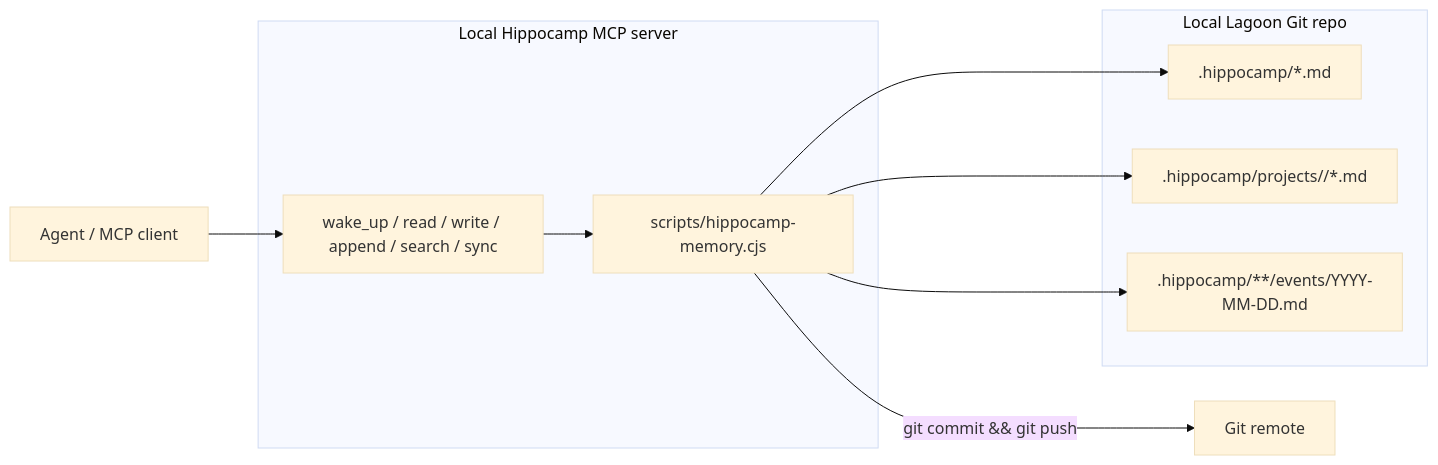
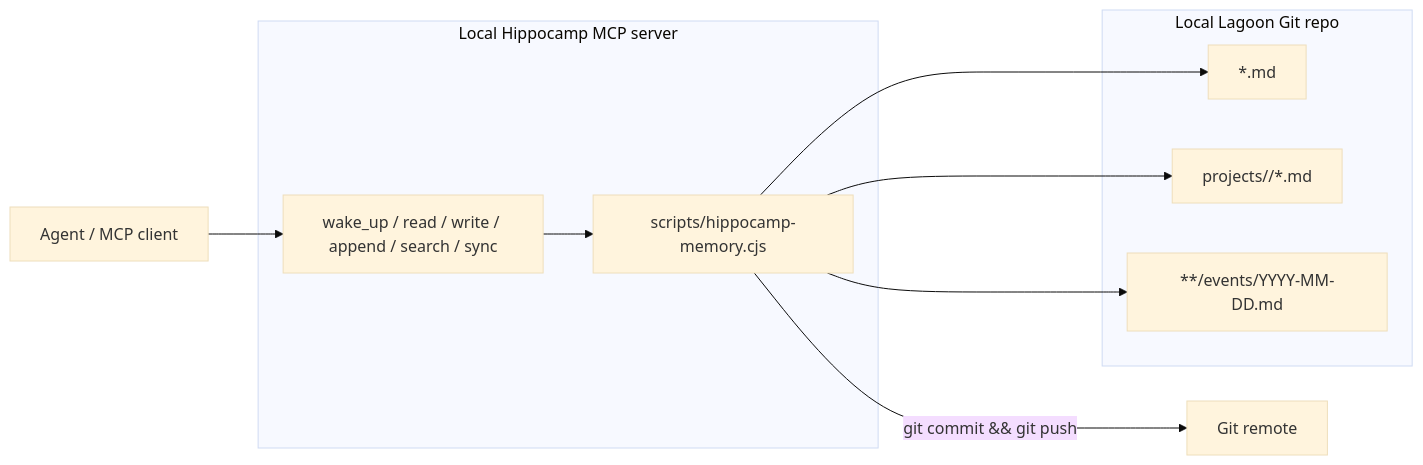
Before and after one commit to guillaumegay13/hippocamp: the diagram in ARCHITECTURE.md, drawn with Mermaid (base theme). The commit also changed other lines of this file and 5 other files, not shown here.

````diff
--- a/ARCHITECTURE.md
+++ b/ARCHITECTURE.md
@@ -7,24 +7,24 @@
 ```mermaid
 flowchart LR
   agent["Agent / MCP client"]
 
   subgraph mcp["Local Hippocamp MCP server"]
     tools["wake_up / read / write / append / search / sync"]
     memory["scripts/hippocamp-memory.cjs"]
   end
 
   subgraph lagoon["Local Lagoon Git repo"]
-    global[".hippocamp/*.md"]
-    project[".hippocamp/projects/<slug>/*.md"]
-    events[".hippocamp/**/events/YYYY-MM-DD.md"]
+    global["*.md"]
+    project["projects/<slug>/*.md"]
+    events["**/events/YYYY-MM-DD.md"]
   end
 
   remote["Git remote"]
 
   agent --> tools
   tools --> memory
   memory --> global
   memory --> project
   memory --> events
   memory -->|"git commit && git push"| remote
 ```
````
